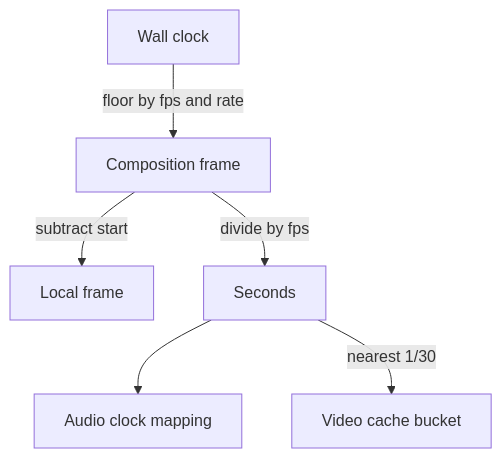
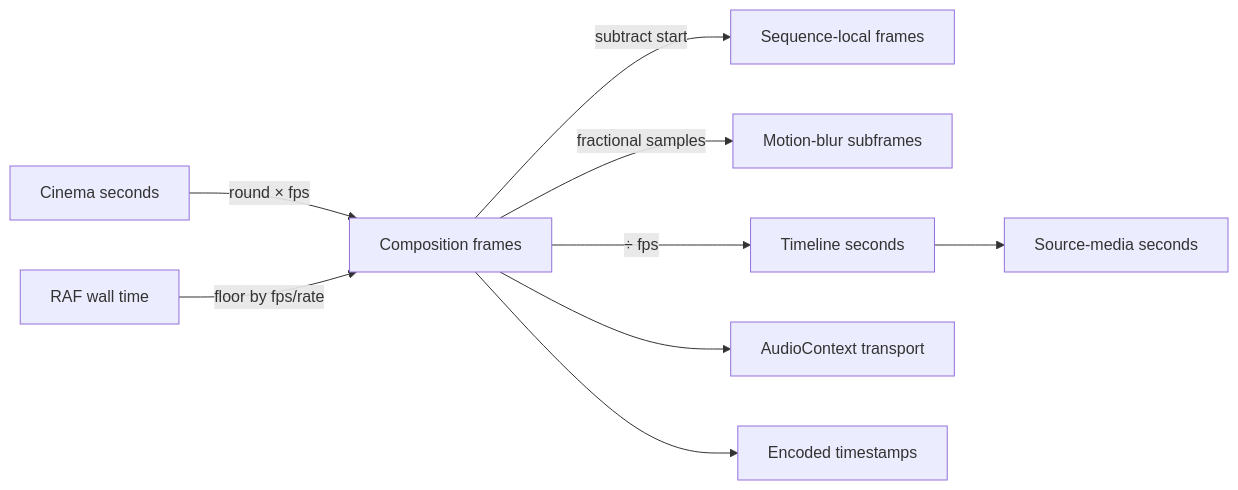
One commit to Kkb113/CineKernel changed the diagram in docs/research/onda/r0.02/STATE_AND_TIME_OWNERSHIP.md. Above: the diagram before and after it, drawn with Mermaid. The commit also changed other lines of this file and 66 other files, not shown here.

````diff
--- a/docs/research/onda/r0.02/STATE_AND_TIME_OWNERSHIP.md
+++ b/docs/research/onda/r0.02/STATE_AND_TIME_OWNERSHIP.md
@@ -5,8 +20,11 @@
 ```mermaid
-flowchart TD
-  Wall[Wall clock] -->|floor by fps and rate| CF[Composition frame]
-  CF -->|subtract start| LF[Local frame]
-  CF -->|divide by fps| Sec[Seconds]
-  Sec --> Audio[Audio clock mapping]
-  Sec -->|nearest 1/30| Video[Video cache bucket]
+flowchart LR
+  Seconds[Cinema seconds] -->|round × fps| Frames[Composition frames]
+  Frames -->|subtract start| Local[Sequence-local frames]
+  Frames -->|fractional samples| Blur[Motion-blur subframes]
+  Frames -->|÷ fps| Time[Timeline seconds]
+  Wall[RAF wall time] -->|floor by fps/rate| Frames
+  Frames --> Audio[AudioContext transport]
+  Frames --> Timestamp[Encoded timestamps]
+  Time --> Media[Source-media seconds]
 ```
````
